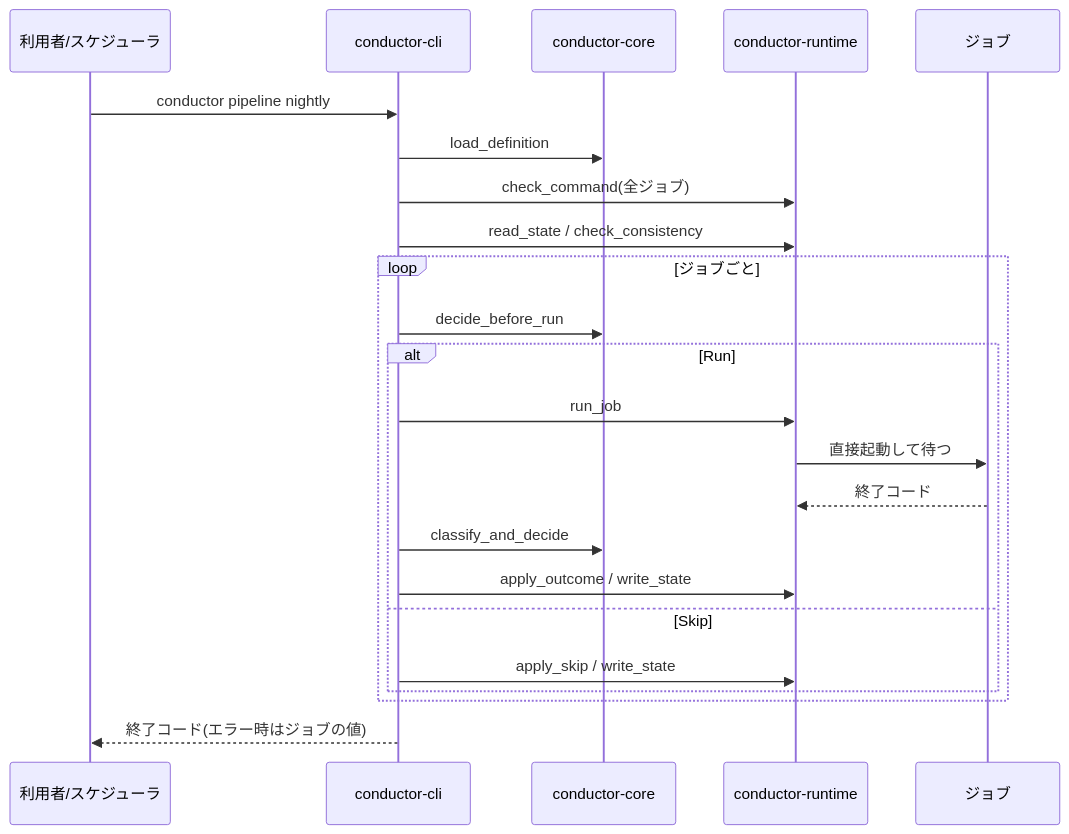
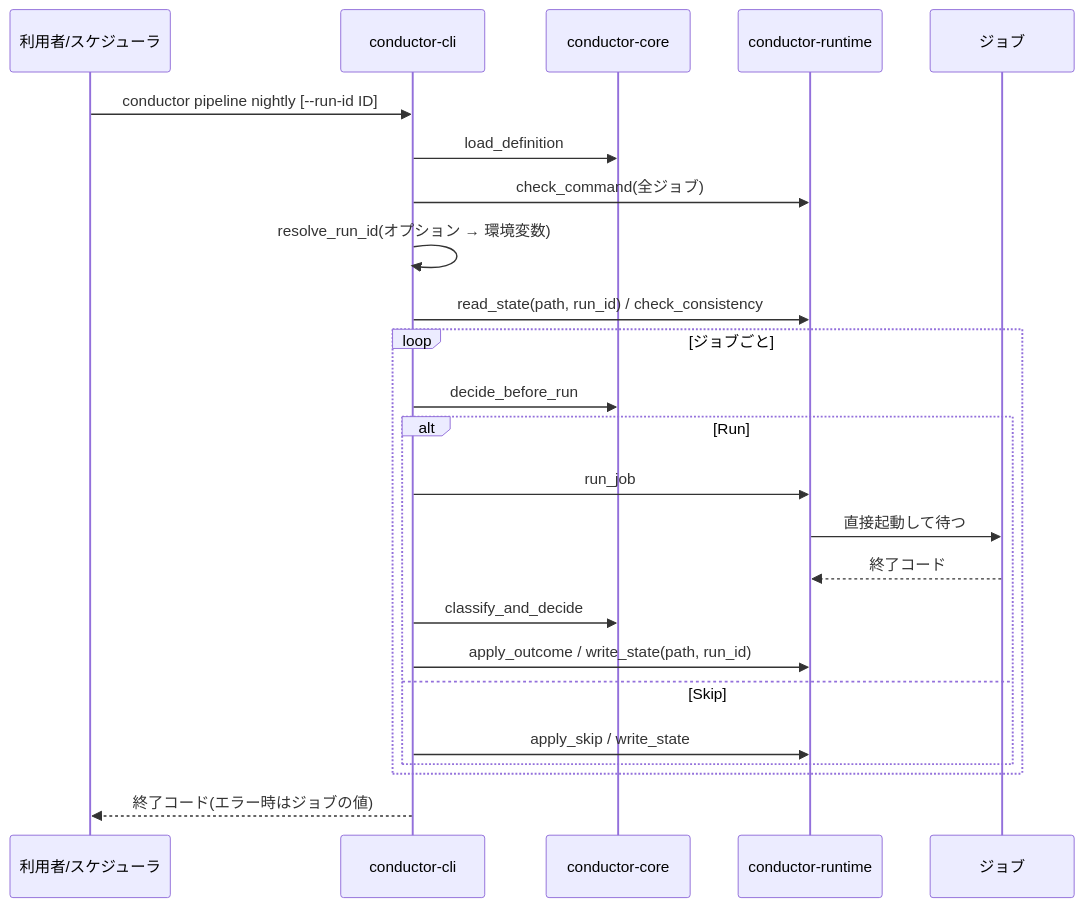
The second of 4 diagrams in aidlc/spaces/default/codekb/rust-job-conductor/architecture.md (agwlvssainokuni/rust-job-conductor), drawn with Mermaid before and after one commit. The commit also changed other lines of this file and 13 other files, not shown here.

````diff
--- a/aidlc/spaces/default/codekb/rust-job-conductor/architecture.md
+++ b/aidlc/spaces/default/codekb/rust-job-conductor/architecture.md
@@ -68,25 +72,26 @@
 ```mermaid
 sequenceDiagram
   participant U as 利用者/スケジューラ
   participant C as conductor-cli
   participant K as conductor-core
   participant R as conductor-runtime
   participant J as ジョブ
-  U->>C: conductor pipeline nightly
+  U->>C: conductor pipeline nightly [--run-id ID]
   C->>K: load_definition
   C->>R: check_command(全ジョブ)
-  C->>R: read_state / check_consistency
+  C->>C: resolve_run_id(オプション → 環境変数)
+  C->>R: read_state(path, run_id) / check_consistency
   loop ジョブごと
     C->>K: decide_before_run
     alt Run
       C->>R: run_job
       R->>J: 直接起動して待つ
       J-->>R: 終了コード
       C->>K: classify_and_decide
-      C->>R: apply_outcome / write_state
+      C->>R: apply_outcome / write_state(path, run_id)
     else Skip
       C->>R: apply_skip / write_state
     end
   end
   C-->>U: 終了コード(エラー時はジョブの値)
 ```
````
